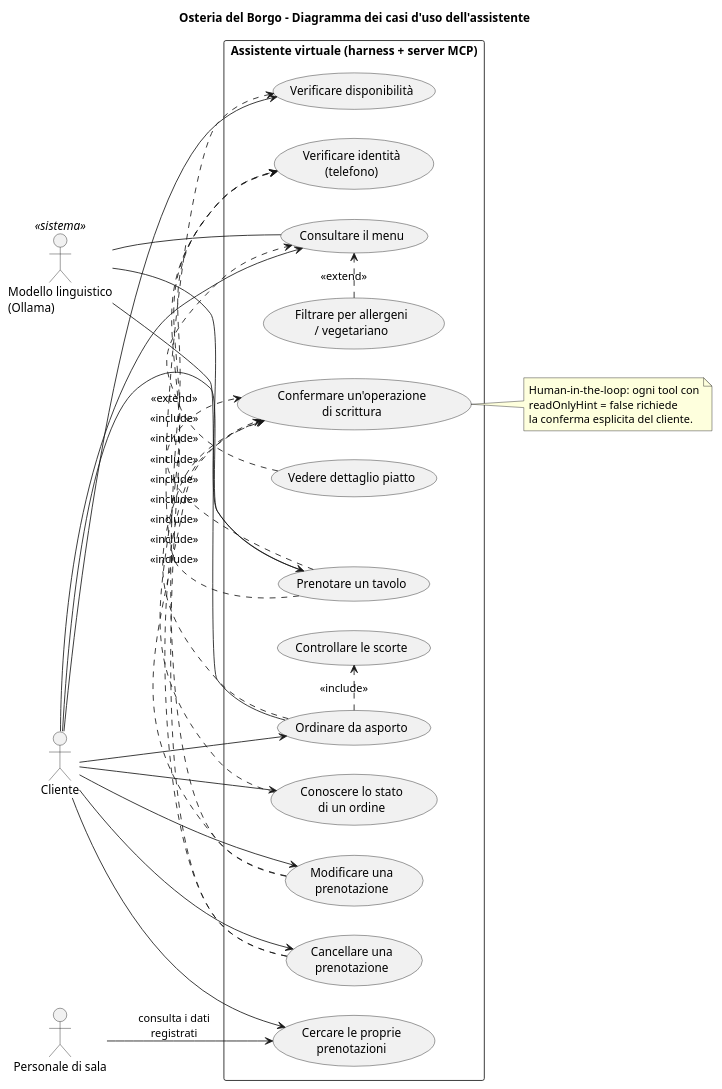
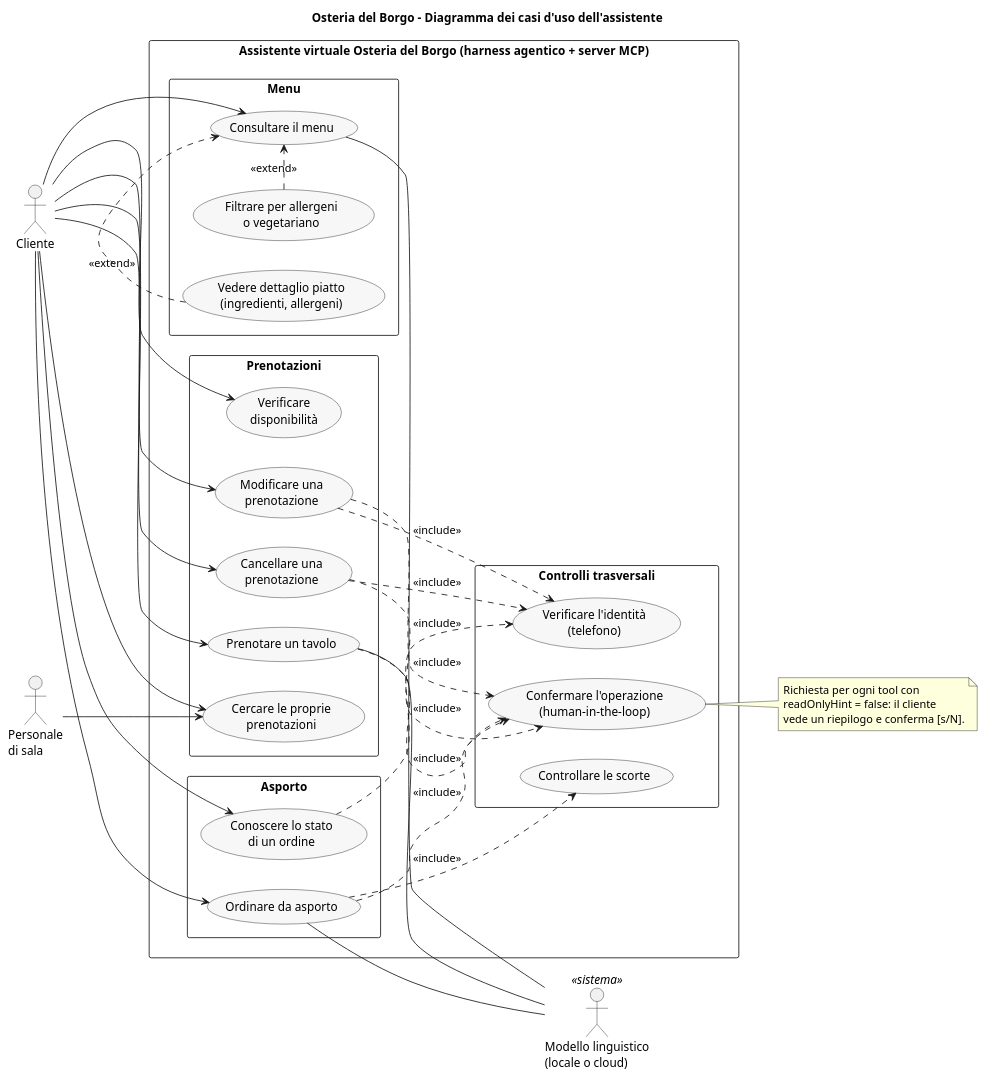
Before and after one commit to Gabrymarg/Gabrymarg-AI-MCP: the diagram in docs/diagrammi/casi_uso.puml, drawn with PlantUML. The commit also changed 99 other files, not shown here.

First line of the commit message:
Versione finale: provider Groq, correzioni H, diagrammi e risultati

```diff
--- a/docs/diagrammi/casi_uso.puml
+++ b/docs/diagrammi/casi_uso.puml
@@ -1,58 +1,70 @@
 @startuml casi_uso
 title Osteria del Borgo - Diagramma dei casi d'uso dell'assistente
+skinparam shadowing false
+skinparam packageStyle rectangle
+skinparam usecase {
+  BackgroundColor #F7F7F7
+}
 left to right direction
-skinparam packageStyle rectangle
-skinparam shadowing false
 
 actor Cliente
-actor "Modello linguistico\n(Ollama)" as LLM <<sistema>>
-actor "Personale di sala" as Staff
+actor "Personale\ndi sala" as Staff
+actor "Modello linguistico\n(locale o cloud)" as LLM <<sistema>>
 
-rectangle "Assistente virtuale (harness + server MCP)" {
-  usecase "Consultare il menu" as UC1
-  usecase "Filtrare per allergeni\n/ vegetariano" as UC2
-  usecase "Vedere dettaglio piatto" as UC3
-  usecase "Verificare disponibilità" as UC4
-  usecase "Prenotare un tavolo" as UC5
-  usecase "Cercare le proprie\nprenotazioni" as UC6
-  usecase "Modificare una\nprenotazione" as UC7
-  usecase "Cancellare una\nprenotazione" as UC8
-  usecase "Ordinare da asporto" as UC9
-  usecase "Conoscere lo stato\ndi un ordine" as UC10
-  usecase "Confermare un'operazione\ndi scrittura" as UCC
-  usecase "Verificare identità\n(telefono)" as UCV
-  usecase "Controllare le scorte" as UCS
+rectangle "Assistente virtuale Osteria del Borgo  (harness agentico + server MCP)" {
+  package "Menu" {
+    usecase "Consultare il menu" as M1
+    usecase "Filtrare per allergeni\no vegetariano" as M2
+    usecase "Vedere dettaglio piatto\n(ingredienti, allergeni)" as M3
+  }
+  package "Prenotazioni" {
+    usecase "Verificare\ndisponibilità" as P1
+    usecase "Prenotare un tavolo" as P2
+    usecase "Cercare le proprie\nprenotazioni" as P3
+    usecase "Modificare una\nprenotazione" as P4
+    usecase "Cancellare una\nprenotazione" as P5
+  }
+  package "Asporto" {
+    usecase "Ordinare da asporto" as O1
+    usecase "Conoscere lo stato\ndi un ordine" as O2
+  }
+  package "Controlli trasversali" {
+    usecase "Confermare l'operazione\n(human-in-the-loop)" as C1
+    usecase "Verificare l'identità\n(telefono)" as C2
+    usecase "Controllare le scorte" as C3
+  }
 }
 
-Cliente --> UC1
-Cliente --> UC4
-Cliente --> UC5
-Cliente --> UC6
-Cliente --> UC7
-Cliente --> UC8
-Cliente --> UC9
-Cliente --> UC10
+Cliente --> M1
+Cliente --> P1
+Cliente --> P2
+Cliente --> P3
+Cliente --> P4
+Cliente --> P5
+Cliente --> O1
+Cliente --> O2
 
-UC2 .> UC1 : <<extend>>
-UC3 .> UC1 : <<extend>>
-UC5 .> UC4 : <<include>>
-UC5 .> UCC : <<include>>
-UC7 .> UCC : <<include>>
-UC8 .> UCC : <<include>>
-UC9 .> UCC : <<include>>
-UC7 .> UCV : <<include>>
-UC8 .> UCV : <<include>>
-UC10 .> UCV : <<include>>
-UC9 .> UCS : <<include>>
+M2 .> M1 : <<extend>>
+M3 .> M1 : <<extend>>
 
-LLM -- UC1
-LLM -- UC5
-LLM -- UC9
+P2 ..> C1 : <<include>>
+P4 ..> C1 : <<include>>
+P5 ..> C1 : <<include>>
+O1 ..> C1 : <<include>>
+P4 ..> C2 : <<include>>
+P5 ..> C2 : <<include>>
+O2 ..> C2 : <<include>>
+O1 ..> C3 : <<include>>
 
-Staff --> UC6 : consulta i dati\nregistrati
-note right of UCC
-  Human-in-the-loop: ogni tool con
-  readOnlyHint = false richiede
-  la conferma esplicita del cliente.
+Staff --> P3
+
+M1 -- LLM
+P2 -- LLM
+O1 -- LLM
+
+note right of C1
+  Richiesta per ogni tool con
+  readOnlyHint = false: il cliente
+  vede un riepilogo e conferma [s/N].
 end note
 @enduml
```
